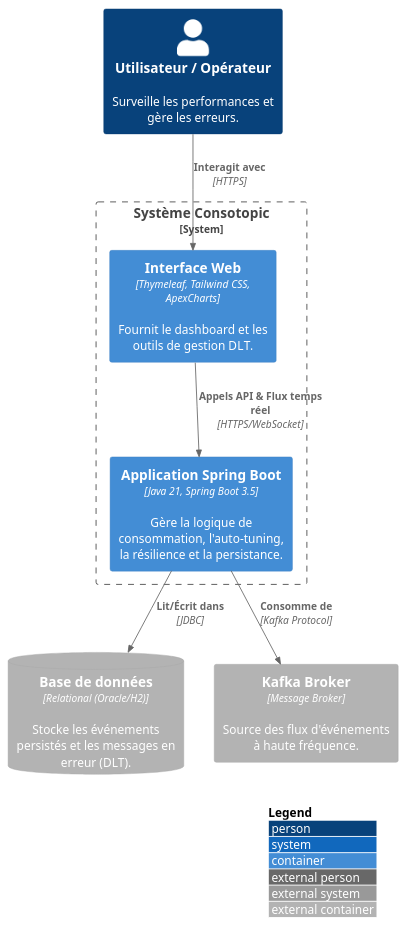
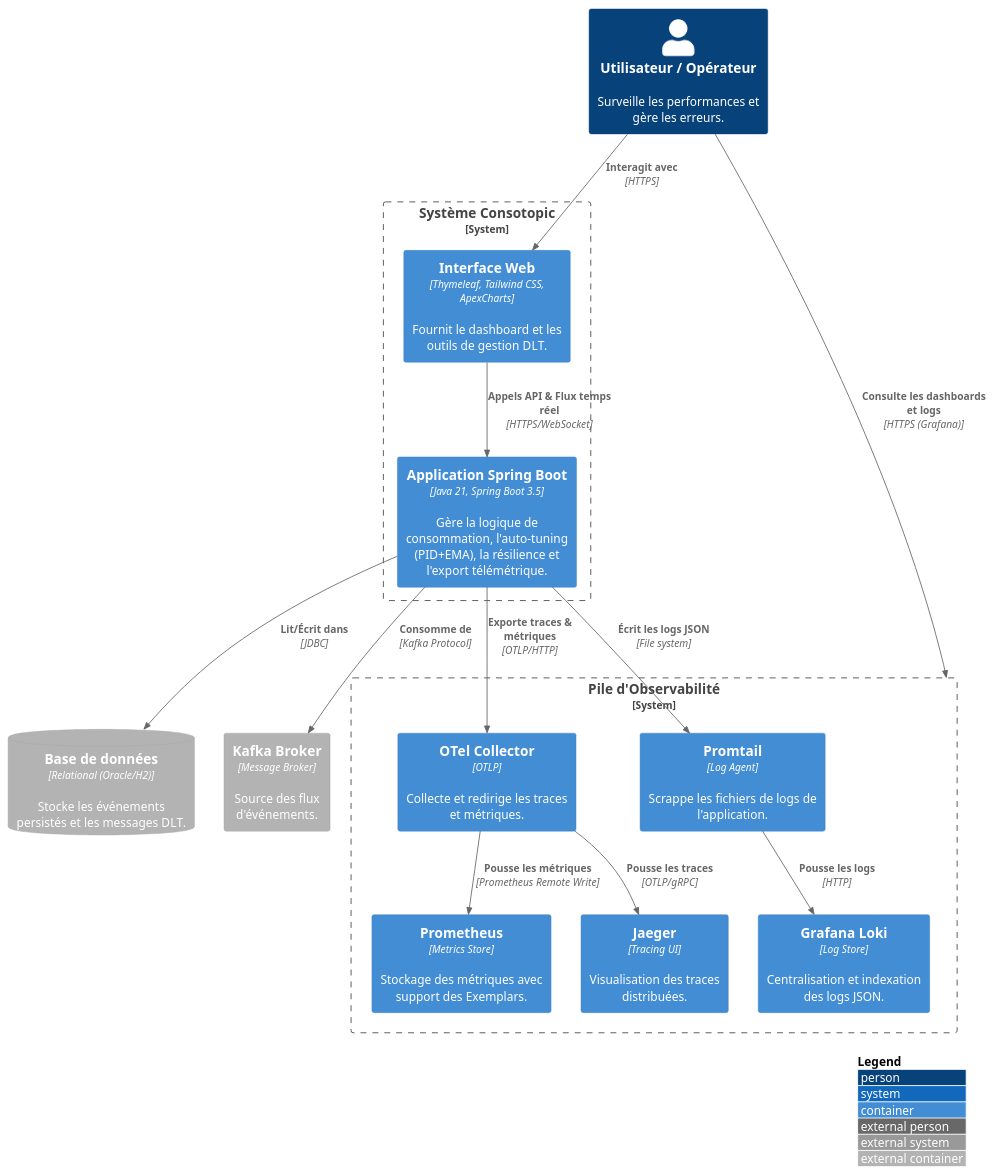
One commit to devdownin/kafkaconsumerautotune changed the second of 3 diagrams in docs/c4-models.md. Above: the diagram before and after it, drawn with PlantUML. The commit also changed other lines of this file and 2 other files, not shown here.

````diff
--- a/docs/c4-models.md
+++ b/docs/c4-models.md
@@ -35,22 +37,37 @@
 ```puml
 @startuml C4_Containers
 !include https://raw.githubusercontent.com/plantuml-stdlib/C4-PlantUML/master/C4_Container.puml
 
 LAYOUT_WITH_LEGEND()
 
 Person(user, "Utilisateur / Opérateur", "Surveille les performances et gère les erreurs.")
 
 System_Boundary(consotopic_boundary, "Système Consotopic") {
     Container(ui, "Interface Web", "Thymeleaf, Tailwind CSS, ApexCharts", "Fournit le dashboard et les outils de gestion DLT.")
-    Container(app, "Application Spring Boot", "Java 21, Spring Boot 3.5", "Gère la logique de consommation, l'auto-tuning, la résilience et la persistance.")
+    Container(app, "Application Spring Boot", "Java 21, Spring Boot 3.5", "Gère la logique de consommation, l'auto-tuning (PID+EMA), la résilience et l'export télémétrique.")
 }
 
-ContainerDb_Ext(database, "Base de données", "Relational (Oracle/H2)", "Stocke les événements persistés et les messages en erreur (DLT).")
-Container_Ext(kafka, "Kafka Broker", "Message Broker", "Source des flux d'événements à haute fréquence.")
+System_Boundary(observability_boundary, "Pile d'Observabilité") {
+    Container(collector, "OTel Collector", "OTLP", "Collecte et redirige les traces et métriques.")
+    Container(prometheus, "Prometheus", "Metrics Store", "Stockage des métriques avec support des Exemplars.")
+    Container(loki, "Grafana Loki", "Log Store", "Centralisation et indexation des logs JSON.")
+    Container(promtail, "Promtail", "Log Agent", "Scrappe les fichiers de logs de l'application.")
+    Container(jaeger, "Jaeger", "Tracing UI", "Visualisation des traces distribuées.")
+}
+
+ContainerDb_Ext(database, "Base de données", "Relational (Oracle/H2)", "Stocke les événements persistés et les messages DLT.")
+Container_Ext(kafka, "Kafka Broker", "Message Broker", "Source des flux d'événements.")
 
 Rel(user, ui, "Interagit avec", "HTTPS")
+Rel(user, observability_boundary, "Consulte les dashboards et logs", "HTTPS (Grafana)")
 Rel(ui, app, "Appels API & Flux temps réel", "HTTPS/WebSocket")
 Rel(app, database, "Lit/Écrit dans", "JDBC")
 Rel(app, kafka, "Consomme de", "Kafka Protocol")
+
+Rel(app, collector, "Exporte traces & métriques", "OTLP/HTTP")
+Rel(app, promtail, "Écrit les logs JSON", "File system")
+Rel(promtail, loki, "Pousse les logs", "HTTP")
+Rel(collector, prometheus, "Pousse les métriques", "Prometheus Remote Write")
+Rel(collector, jaeger, "Pousse les traces", "OTLP/gRPC")
 @enduml
 ```
````
